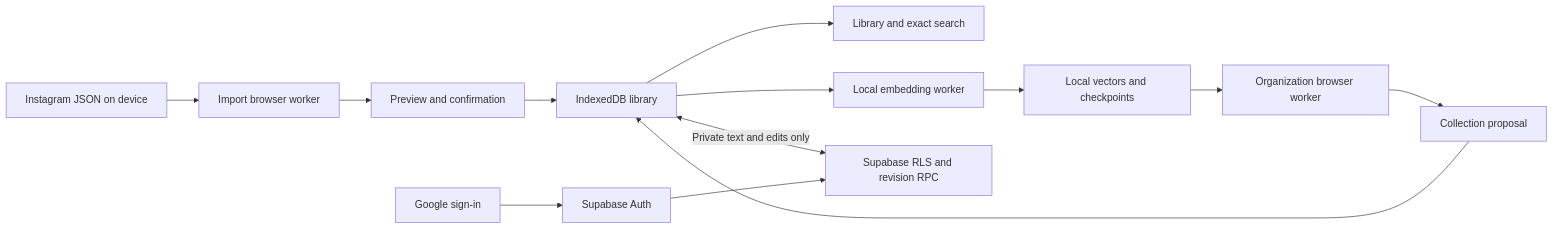
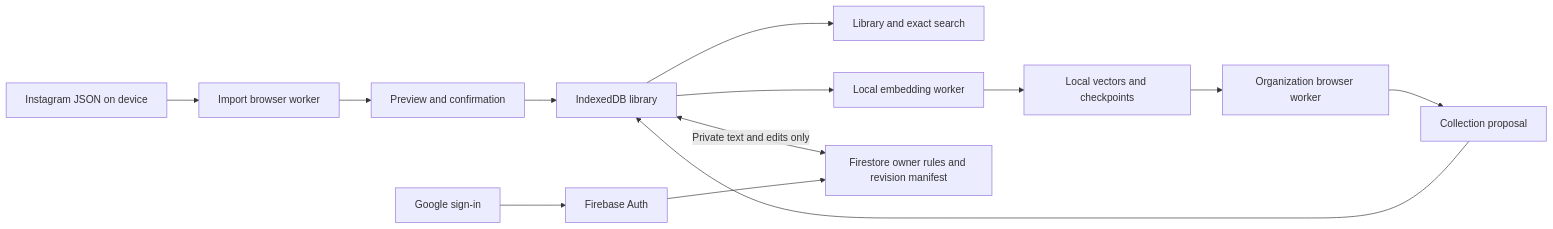
The diagram in ARCHITECTURE.md (animesh-algorithm/crate), drawn with Mermaid before and after one commit. The commit also changed other lines of this file and 19 other files, not shown here.

````diff
--- a/ARCHITECTURE.md
+++ b/ARCHITECTURE.md
@@ -7,15 +7,15 @@
 ```mermaid
 flowchart LR
  Export[Instagram JSON on device] --> Parser[Import browser worker]
  Parser --> Preview[Preview and confirmation]
  Preview --> Local[IndexedDB library]
  Local --> UI[Library and exact search]
  Local --> Model[Local embedding worker]
  Model --> Cache[Local vectors and checkpoints]
  Cache --> Group[Organization browser worker]
  Group --> Proposal[Collection proposal]
  Proposal --> Local
- Local <-->|Private text and edits only| DB[Supabase RLS and revision RPC]
- Google[Google sign-in] --> Auth[Supabase Auth]
+ Local <-->|Private text and edits only| DB[Firestore owner rules and revision manifest]
+ Google[Google sign-in] --> Auth[Firebase Auth]
  Auth --> DB
 ```
````
